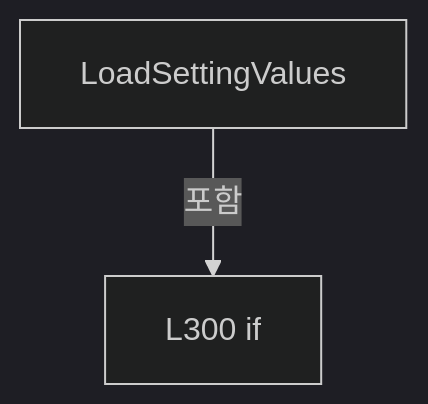
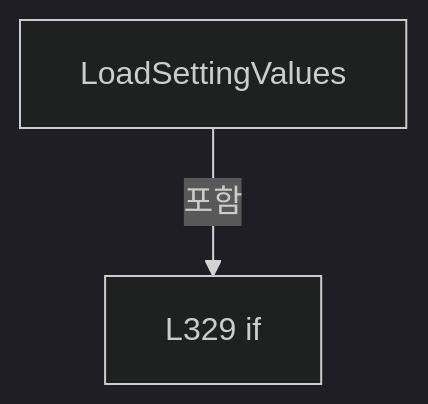
Before and after one commit to kjuws10-rgb/Shared: the seventh of 17 diagrams in A3 LD Code Ref/files/Drilling.File/JHMI/CSettingFile.cs.md, drawn with Mermaid (dark theme). The commit also changed other lines of this file and 1984 other files, not shown here.

Commit message:
docs(a3): update 11.17.0 architecture and complete code reference

````diff
--- a/A3 LD Code Ref/files/Drilling.File/JHMI/CSettingFile.cs.md
+++ b/A3 LD Code Ref/files/Drilling.File/JHMI/CSettingFile.cs.md
@@ -1275,6 +1336,6 @@
 ```mermaid
 flowchart TD
  M["LoadSettingValues"]
- N0["L300 if"]
+ N0["L329 if"]
  M -->|포함| N0
 ```
````
